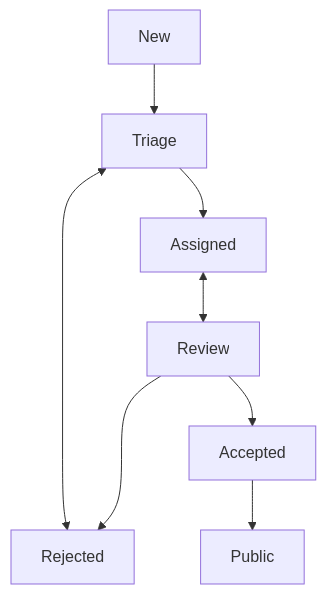
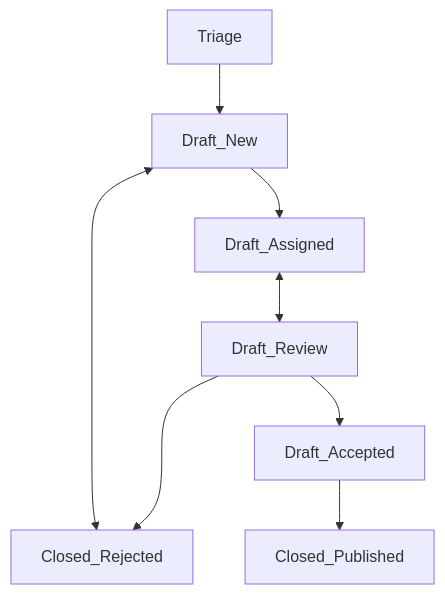
One commit to chipsalliance/Caliptra changed the diagram in SECURITY.md. Above: the diagram before and after it, drawn with Mermaid. The commit also changed other lines of this file, not shown here.

Commit message:
Update state diagram to better reflect Github flow

````diff
--- a/SECURITY.md
+++ b/SECURITY.md
@@ -130,10 +130,10 @@
 ```mermaid
 flowchart TB
-    New --> Triage
-    Triage --> Assigned
-    Triage <--> Rejected
-    Assigned <--> Review
-    Review ---> Rejected
-    Review --> Accepted
-    Accepted --> Public
+    Triage --> Draft_New
+    Draft_New --> Draft_Assigned
+    Draft_New <--> Closed_Rejected
+    Draft_Assigned <--> Draft_Review
+    Draft_Review ---> Closed_Rejected
+    Draft_Review --> Draft_Accepted
+    Draft_Accepted --> Closed_Published
 ```
````
